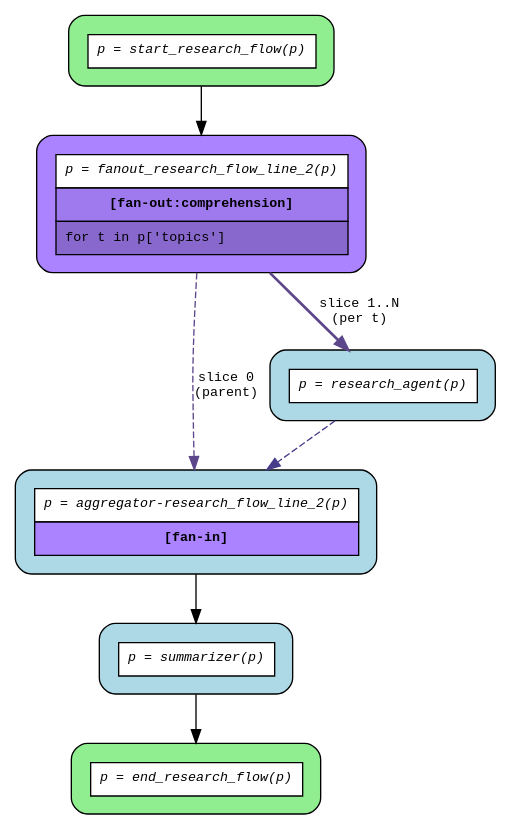
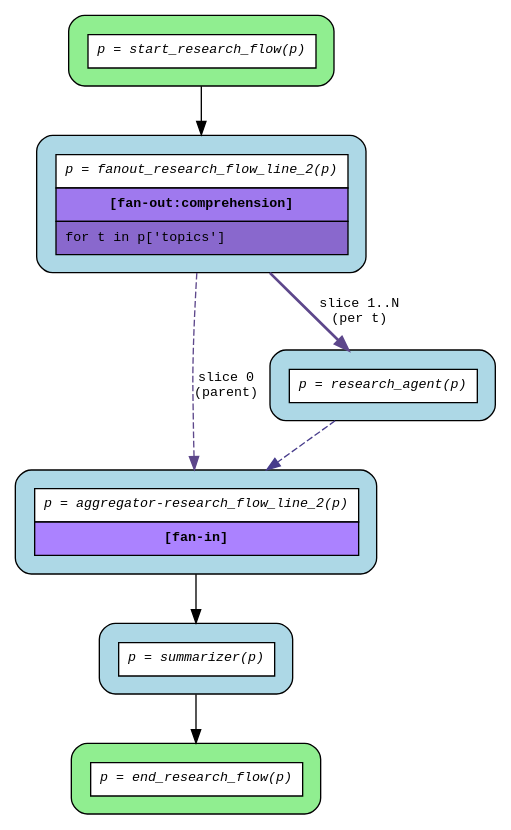
The diagram in src/asya-testing/asya_testing/flows/research_flow/compiled/flow.dot (deliveryhero/asya), drawn with Graphviz before and after one commit. The commit also changed 12 other files, not shown here.

Commit message:
Blue router color for fan-out routers

```diff
--- a/src/asya-testing/asya_testing/flows/research_flow/compiled/flow.dot
+++ b/src/asya-testing/asya_testing/flows/research_flow/compiled/flow.dot
@@ -1,20 +1,20 @@
 digraph flow {
   rankdir=TB;
   graph [fontname="Courier", fontsize=10];
   node [fontname="Courier", fontsize=10, shape=box, style="filled,rounded", margin="0.2"];
   edge [fontname="Courier", fontsize=10];
 
   start_research_flow [fillcolor="lightgreen", label=<<table border="0" cellspacing="0" cellpadding="6" cellborder="1"><tr><td bgcolor="white" align="center"><i>p = start_research_flow(p)</i></td></tr></table>>];
-  fanout_research_flow_line_2 [fillcolor="mediumpurple1", label=<<table border="0" cellspacing="0" cellpadding="6" cellborder="1"><tr><td bgcolor="white" align="center"><i>p = fanout_research_flow_line_2(p)</i></td></tr><tr><td bgcolor="mediumpurple2" align="center"><b>[fan-out:comprehension]</b></td></tr><tr><td bgcolor="mediumpurple3" align="left">for t in p['topics']</td></tr></table>>];
+  fanout_research_flow_line_2 [fillcolor="lightblue", label=<<table border="0" cellspacing="0" cellpadding="6" cellborder="1"><tr><td bgcolor="white" align="center"><i>p = fanout_research_flow_line_2(p)</i></td></tr><tr><td bgcolor="mediumpurple2" align="center"><b>[fan-out:comprehension]</b></td></tr><tr><td bgcolor="mediumpurple3" align="left">for t in p['topics']</td></tr></table>>];
   end_research_flow [fillcolor="lightgreen", label=<<table border="0" cellspacing="0" cellpadding="6" cellborder="1"><tr><td bgcolor="white" align="center"><i>p = end_research_flow(p)</i></td></tr></table>>];
   aggregator_research_flow_line_2 [fillcolor="lightblue", label=<<table border="0" cellspacing="0" cellpadding="6" cellborder="1"><tr><td bgcolor="white" align="center"><i>p = aggregator-research_flow_line_2(p)</i></td></tr><tr><td bgcolor="mediumpurple1" align="center"><b>[fan-in]</b></td></tr></table>>];
   research_agent [fillcolor="lightblue", label=<<table border="0" cellspacing="0" cellpadding="6" cellborder="1"><tr><td bgcolor="white" align="center"><i>p = research_agent(p)</i></td></tr></table>>];
   summarizer [fillcolor="lightblue", label=<<table border="0" cellspacing="0" cellpadding="6" cellborder="1"><tr><td bgcolor="white" align="center"><i>p = summarizer(p)</i></td></tr></table>>];
 
   aggregator_research_flow_line_2 -> summarizer;
   fanout_research_flow_line_2 -> aggregator_research_flow_line_2 [color=mediumpurple4, label="slice 0\n(parent)", style=dashed];
   fanout_research_flow_line_2 -> research_agent [color=mediumpurple4, label="slice 1..N\n(per t)", style=bold];
   research_agent -> aggregator_research_flow_line_2 [color=slateblue4, style=dashed];
   start_research_flow -> fanout_research_flow_line_2;
   summarizer -> end_research_flow;
 }
```
